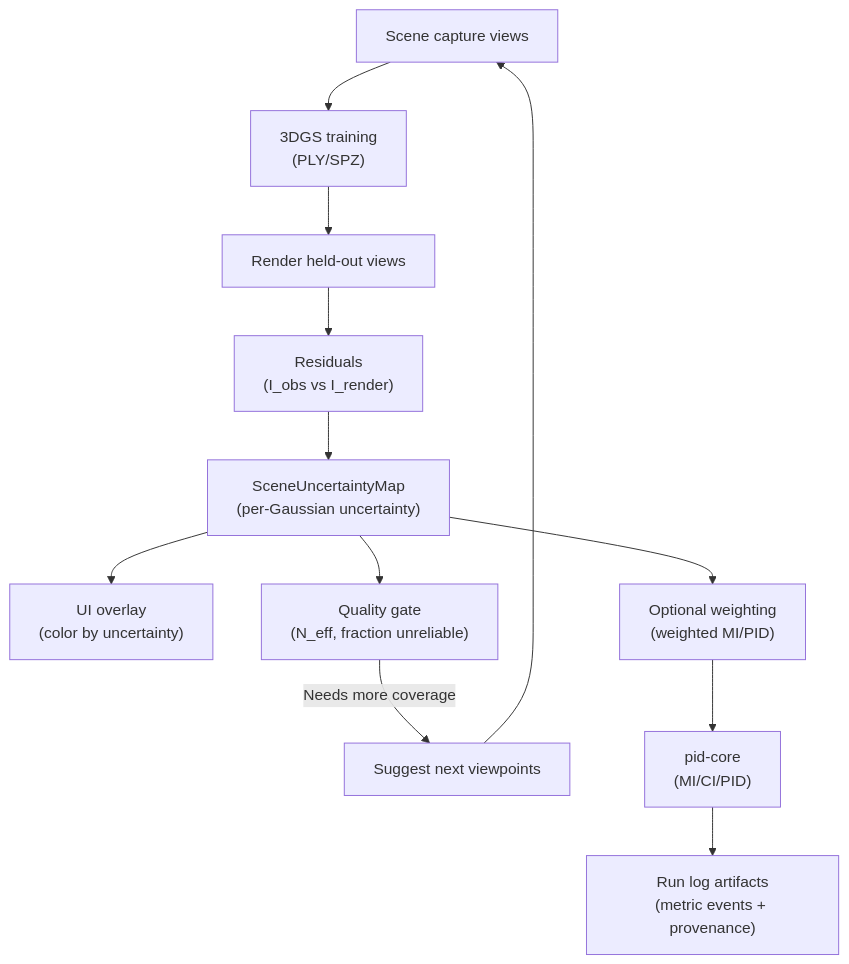
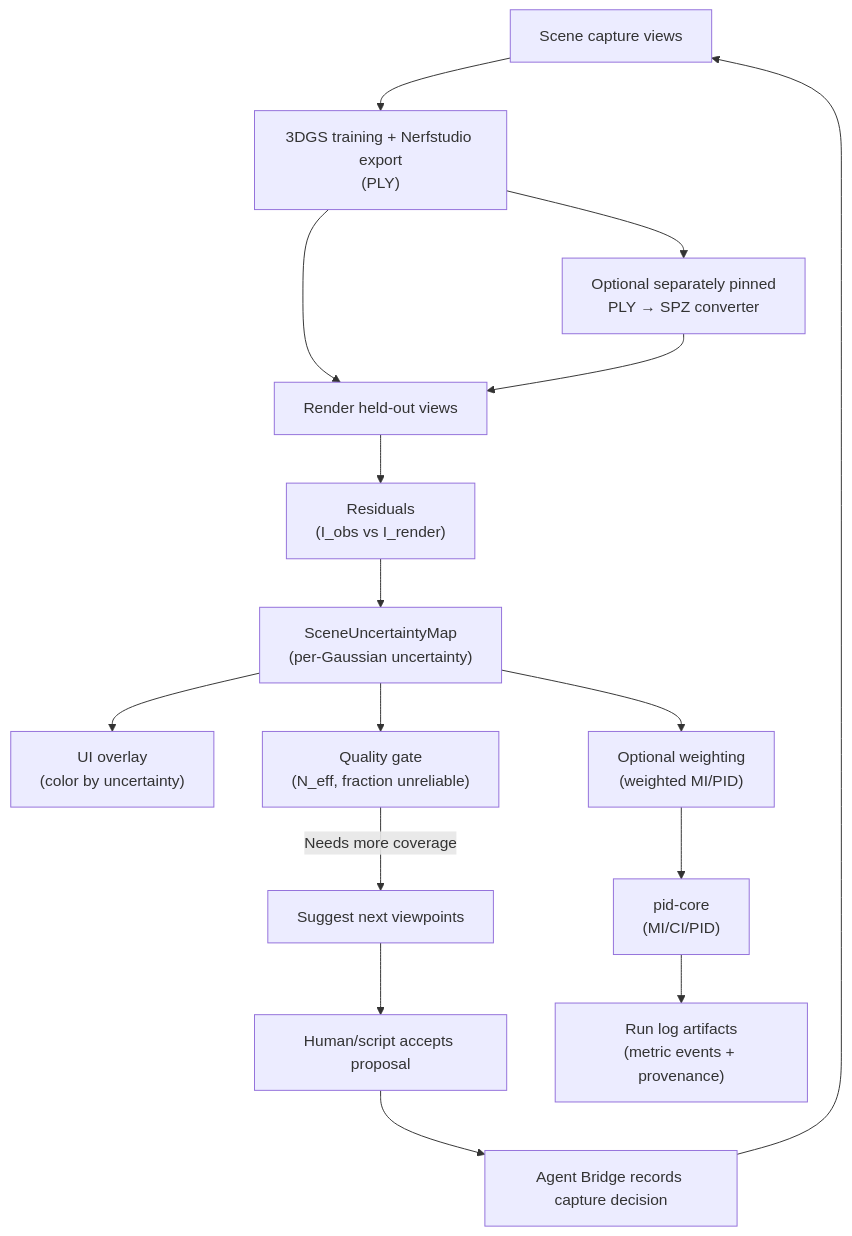
Before and after one commit to sepahead/prisoma: diagram 17 of 18 in DIAGRAMS.md, drawn with Mermaid. The commit also changed other lines of this file and 20 other files, not shown here.

````diff
--- a/DIAGRAMS.md
+++ b/DIAGRAMS.md
@@ -601,17 +629,21 @@
 ```mermaid
 graph TB
-    Capture[Scene capture views] --> Train["3DGS training<br/>(PLY/SPZ)"]
+    Capture[Scene capture views] --> Train["3DGS training + Nerfstudio export<br/>(PLY)"]
+    Train --> Convert["Optional separately pinned<br/>PLY → SPZ converter"]
     Train --> Render[Render held-out views]
+    Convert --> Render
     Render --> Resid["Residuals<br/>(I_obs vs I_render)"]
     Resid --> UMap["SceneUncertaintyMap<br/>(per-Gaussian uncertainty)"]
 
     UMap --> UI["UI overlay<br/>(color by uncertainty)"]
     UMap --> Gate["Quality gate<br/>(N_eff, fraction unreliable)"]
     UMap --> Wt["Optional weighting<br/>(weighted MI/PID)"]
 
     Gate -->|Needs more coverage| Suggest[Suggest next viewpoints]
-    Suggest --> Capture
+    Suggest --> Accept[Human/script accepts proposal]
+    Accept --> Bridge[Agent Bridge records capture decision]
+    Bridge --> Capture
 
     Wt --> PID["pid-core<br/>(MI/CI/PID)"]
     PID --> Log["Run log artifacts<br/>(metric events + provenance)"]
 ```
````
